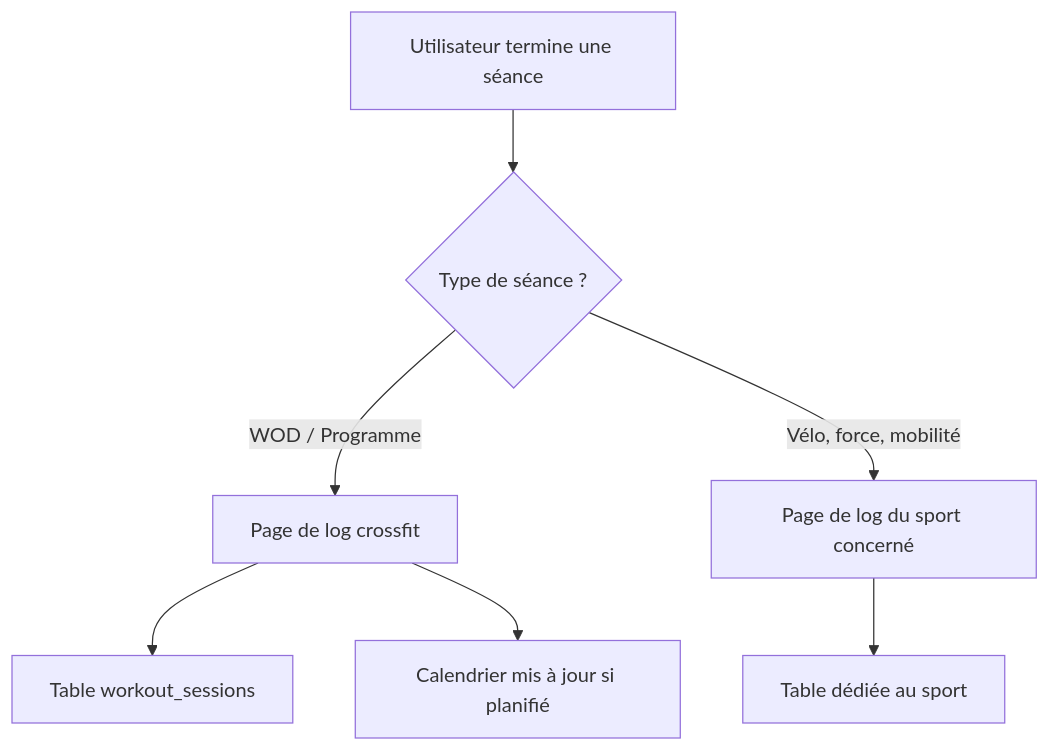
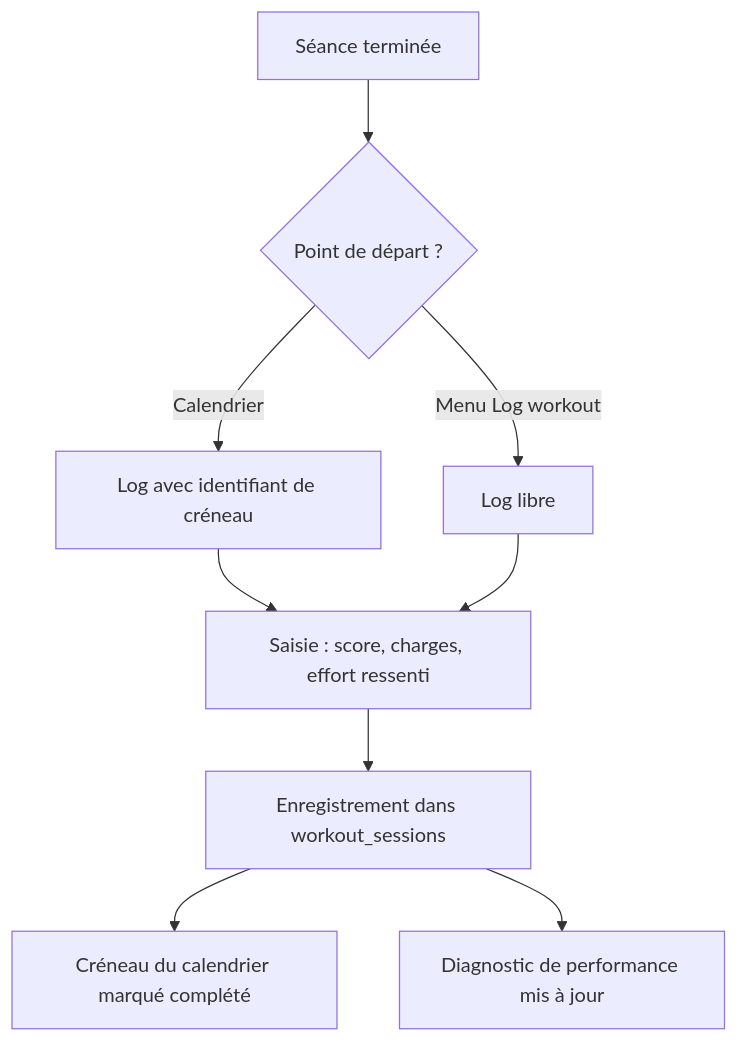
The diagram in docs/flux-log-workout.md (Dawie33/training-camp), drawn with Mermaid before and after one commit. The commit also changed other lines of this file and 8 other files, not shown here.

````diff
--- a/docs/flux-log-workout.md
+++ b/docs/flux-log-workout.md
@@ -14,9 +14,11 @@
 ```mermaid
 graph TD
-    A[Utilisateur termine une séance] --> B{Type de séance ?}
-    B -->|WOD / Programme| C[Page de log crossfit]
-    B -->|Vélo, force, mobilité| D[Page de log du sport concerné]
-    C --> E[Table workout_sessions]
-    D --> F[Table dédiée au sport]
-    C --> G[Calendrier mis à jour si planifié]
+    A[Séance terminée] --> B{Point de départ ?}
+    B -->|Calendrier| C[Log avec identifiant de créneau]
+    B -->|Menu Log workout| D[Log libre]
+    C --> E[Saisie : score, charges, effort ressenti]
+    D --> E
+    E --> F[Enregistrement dans workout_sessions]
+    F --> G[Créneau du calendrier marqué complété]
+    F --> H[Diagnostic de performance mis à jour]
 ```
````
